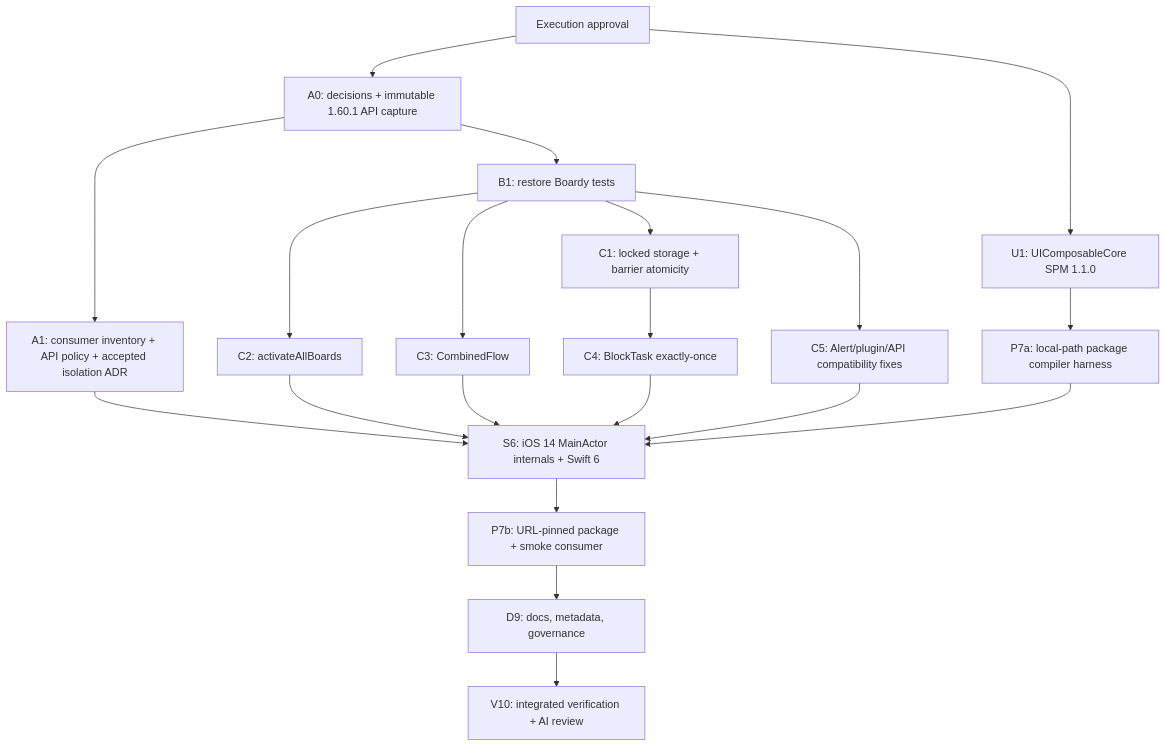
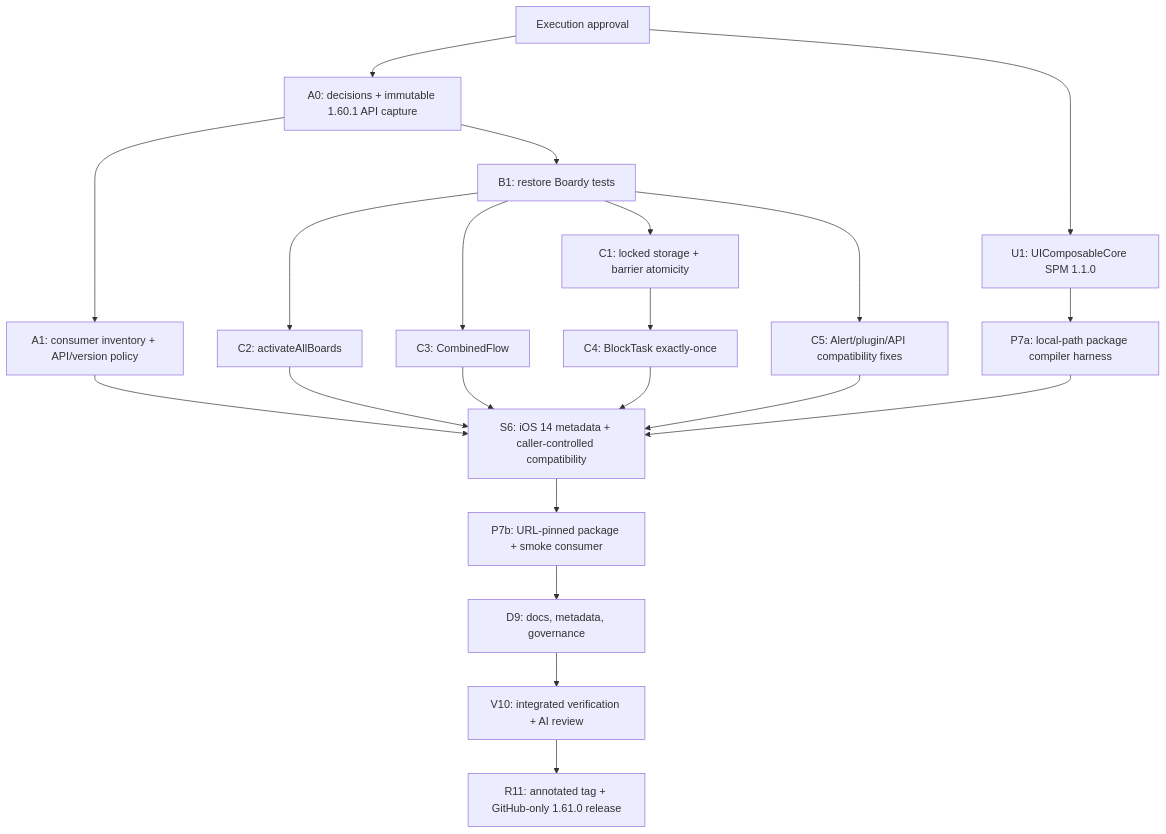
Before and after one commit to congncif/boardy: the second of 2 diagrams in docs/superpowers/plans/2026-07-14-boardy-option-a-1x-hardening.md, drawn with Mermaid. The commit also changed other lines of this file and 8 other files, not shown here.

````diff
--- a/docs/superpowers/plans/2026-07-14-boardy-option-a-1x-hardening.md
+++ b/docs/superpowers/plans/2026-07-14-boardy-option-a-1x-hardening.md
@@ -213,22 +224,23 @@
 ```mermaid
 flowchart TD
     P0["Execution approval"] --> A0["A0: decisions + immutable 1.60.1 API capture"]
     P0 --> U1["U1: UIComposableCore SPM 1.1.0"]
     A0 --> B1["B1: restore Boardy tests"]
-    A0 --> A1["A1: consumer inventory + API policy + accepted isolation ADR"]
+    A0 --> A1["A1: consumer inventory + API/version policy"]
     B1 --> C1["C1: locked storage + barrier atomicity"]
     B1 --> C2["C2: activateAllBoards"]
     B1 --> C3["C3: CombinedFlow"]
     C1 --> C4["C4: BlockTask exactly-once"]
-    A1 --> S6["S6: iOS 14 MainActor internals + Swift 6"]
+    A1 --> S6["S6: iOS 14 metadata + caller-controlled compatibility"]
     C2 --> S6
     C3 --> S6
     C4 --> S6
     B1 --> C5["C5: Alert/plugin/API compatibility fixes"]
     C5 --> S6
     U1 --> P7A["P7a: local-path package compiler harness"]
     P7A --> S6
     S6 --> P7B["P7b: URL-pinned package + smoke consumer"]
     P7B --> D9["D9: docs, metadata, governance"]
     D9 --> V10["V10: integrated verification + AI review"]
+    V10 --> R11["R11: annotated tag + GitHub-only 1.61.0 release"]
 ```
````
